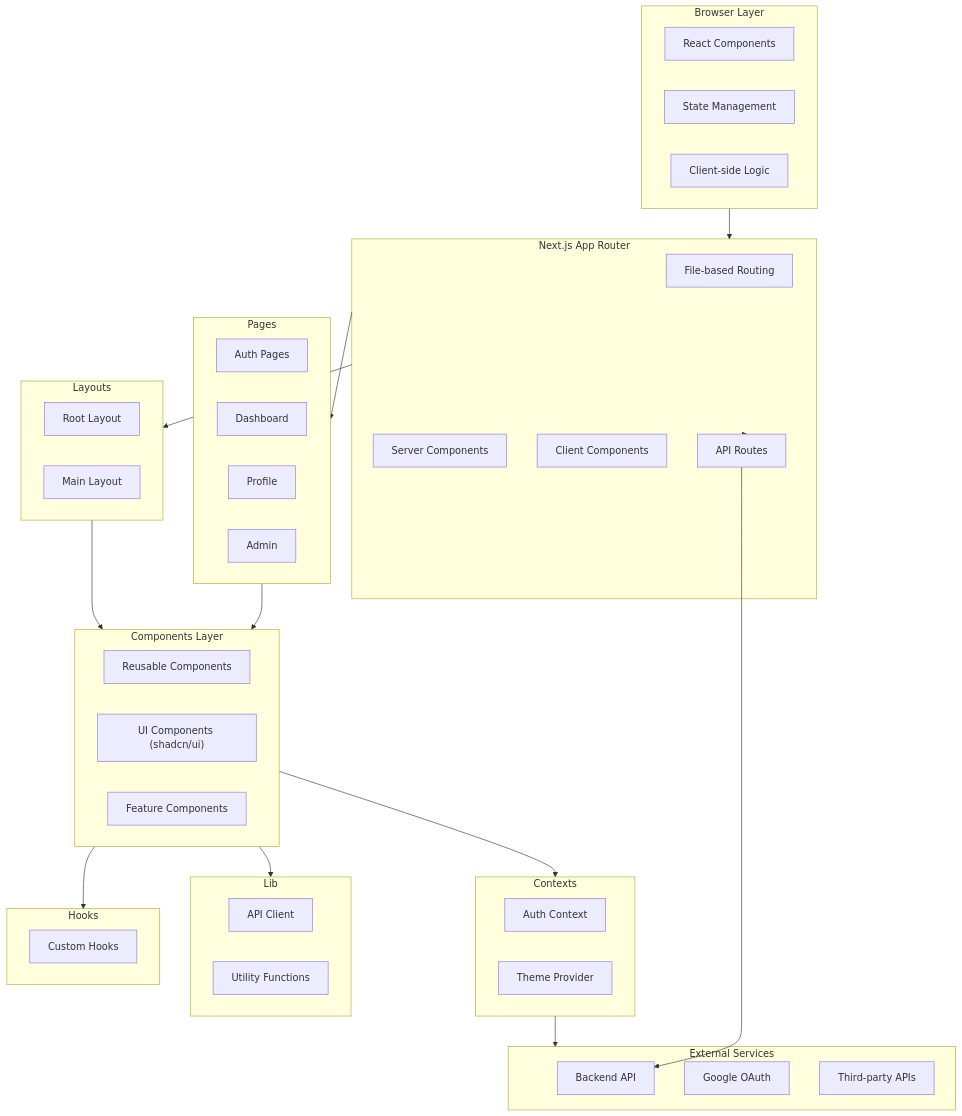
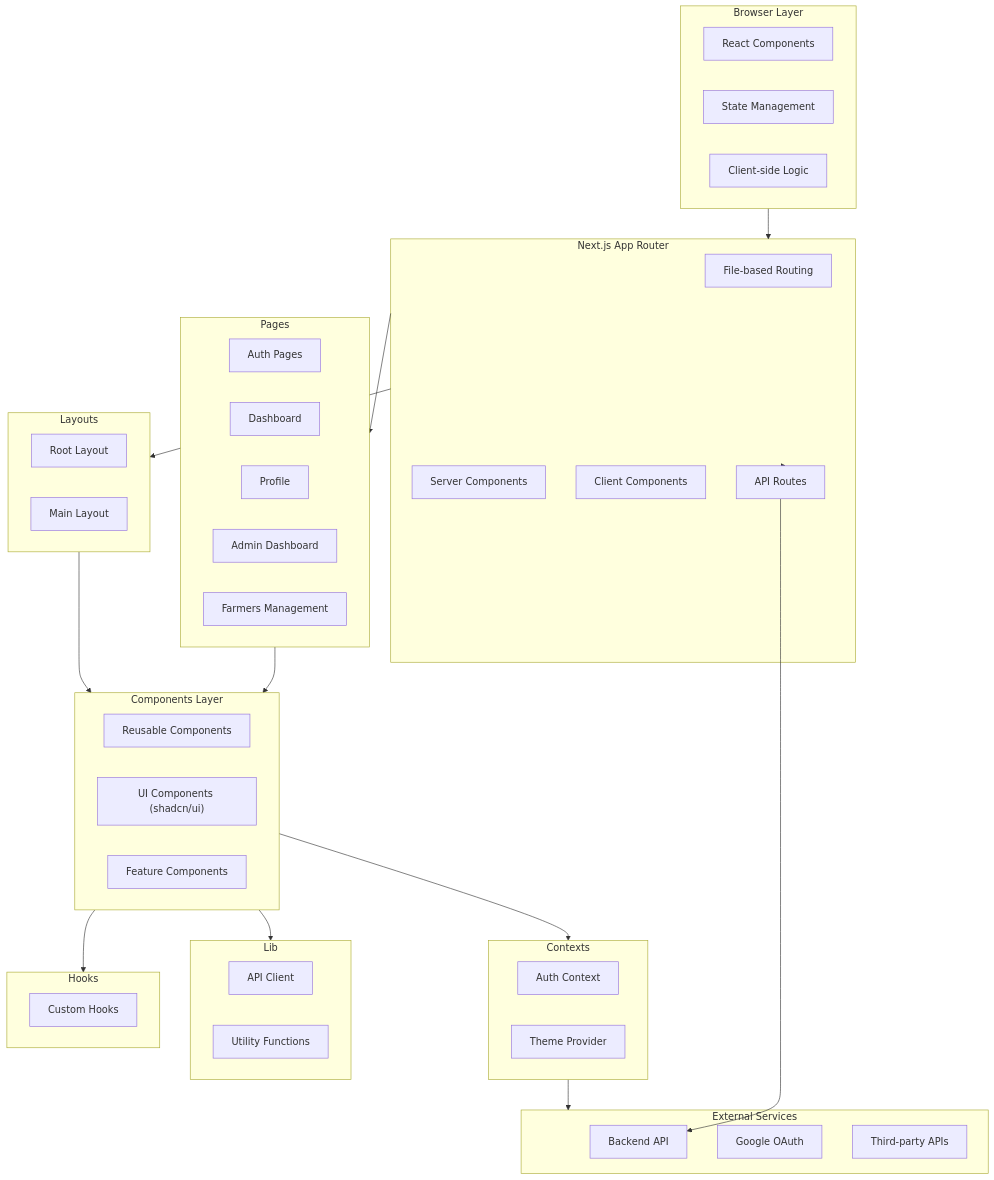
The first of 4 diagrams in frontend/ARCHITECTURE.md (yashdark01/Krashaq-Ai), drawn with Mermaid before and after one commit. The commit also changed other lines of this file and 6 other files, not shown here.

Commit message:
update my documentation according to latest code and architecture

````diff
--- a/frontend/ARCHITECTURE.md
+++ b/frontend/ARCHITECTURE.md
@@ -7,65 +7,66 @@
 ```mermaid
 graph TB
     subgraph Browser["Browser Layer"]
         React["React Components"]
         State["State Management"]
         Logic["Client-side Logic"]
     end
 
     subgraph NextJS["Next.js App Router"]
         Routing["File-based Routing"]
         ServerComp["Server Components"]
         ClientComp["Client Components"]
         APIRoutes["API Routes"]
     end
 
     subgraph Pages["Pages"]
         AuthPages["Auth Pages"]
         Dashboard["Dashboard"]
         Profile["Profile"]
-        Admin["Admin"]
+        Admin["Admin Dashboard"]
+        Farmers["Farmers Management"]
     end
 
     subgraph Layouts["Layouts"]
         RootLayout["Root Layout"]
         MainLayout["Main Layout"]
     end
 
     subgraph Components["Components Layer"]
         Reusable["Reusable Components"]
         UI["UI Components (shadcn/ui)"]
         Feature["Feature Components"]
     end
 
     subgraph Contexts["Contexts"]
         AuthContext["Auth Context"]
         ThemeProvider["Theme Provider"]
     end
 
     subgraph Lib["Lib"]
         API["API Client"]
         Utils["Utility Functions"]
     end
 
     subgraph Hooks["Hooks"]
         Custom["Custom Hooks"]
     end
 
     subgraph External["External Services"]
         BackendAPI["Backend API"]
         GoogleOAuth["Google OAuth"]
         ThirdParty["Third-party APIs"]
     end
 
     Browser --> NextJS
     NextJS --> Pages
     NextJS --> APIRoutes
     NextJS --> Layouts
     Pages --> Components
     Layouts --> Components
     Components --> Contexts
     Components --> Lib
     Components --> Hooks
     Contexts --> External
     APIRoutes --> BackendAPI
 ```
````
